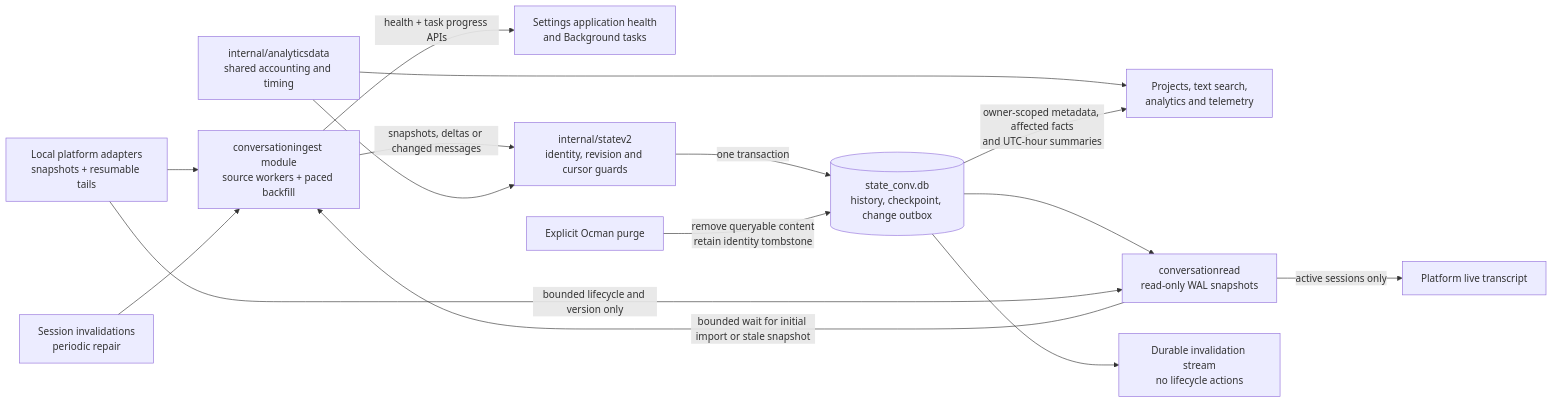
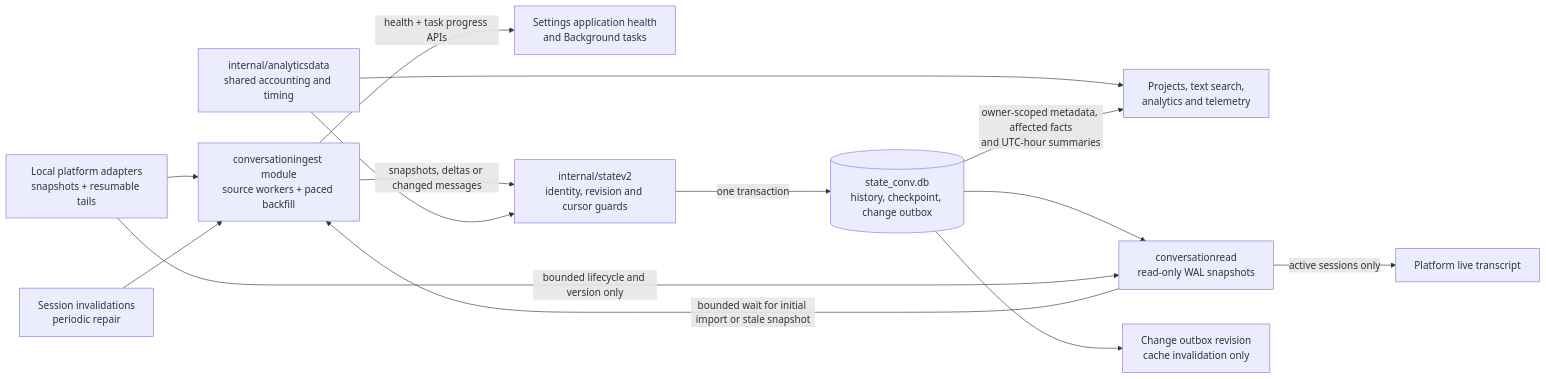
The third of 13 diagrams in docs/other/architecture.md (ocman/ocman), drawn with Mermaid before and after one commit. The commit also changed other lines of this file and 9 other files, not shown here.

````diff
--- a/docs/other/architecture.md
+++ b/docs/other/architecture.md
@@ -239,18 +239,17 @@
 ```mermaid
 flowchart LR
     Import[conversationingest module<br/>source workers + paced backfill]
     Adapters[Local platform adapters<br/>snapshots + resumable tails] --> Import
     Events[Session invalidations<br/>periodic repair] --> Import
     Import -->|health + task progress APIs| UI[Settings application health<br/>and Background tasks]
     Import -->|snapshots, deltas or changed messages| Commit[internal/statev2<br/>identity, revision and cursor guards]
     Rules[internal/analyticsdata<br/>shared accounting and timing] --> Commit
     Rules --> Analytics
     Commit -->|one transaction| History[(state_conv.db<br/>history, checkpoint, change outbox)]
     History --> Reader[conversationread<br/>read-only WAL snapshots]
     Adapters -->|bounded lifecycle and version only| Reader
     Reader -->|bounded wait for initial import or stale snapshot| Import
     Reader -->|active sessions only| Live[Platform live transcript]
     History -->|owner-scoped metadata, affected facts<br/>and UTC-hour summaries| Analytics[Projects, text search,<br/>analytics and telemetry]
-    History --> Changes[Durable invalidation stream<br/>no lifecycle actions]
-    Purge[Explicit Ocman purge] -->|remove queryable content<br/>retain identity tombstone| History
+    History --> Changes[Change outbox revision<br/>cache invalidation only]
 ```
````
